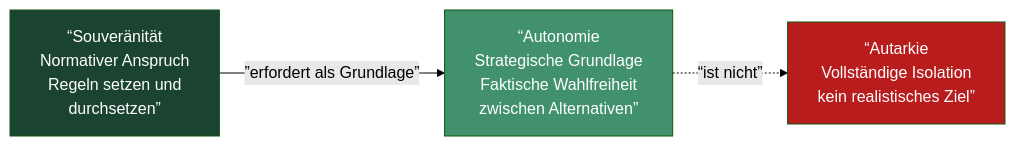
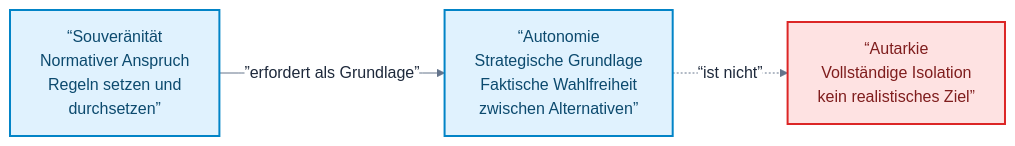
The second of 2 diagrams in docs/12-regulatorik-verantwortung/digitale-souveraenitaet.md (ralf-42/GenAI), drawn with Mermaid before and after one commit. The commit also changed other lines of this file and 25 other files, not shown here.

````diff
--- a/docs/12-regulatorik-verantwortung/digitale-souveraenitaet.md
+++ b/docs/12-regulatorik-verantwortung/digitale-souveraenitaet.md
@@ -79,14 +91,31 @@
 ```mermaid
-%%{init: {'theme':'forest'}}%%
+---
+config:
+  theme: base
+  look: classic
+  themeVariables:
+    primaryColor: '#e0f2fe'
+    primaryBorderColor: '#0284c7'
+    primaryTextColor: '#1e293b'
+    lineColor: '#64748b'
+    clusterBkg: '#f8fafc'
+    clusterBorder: '#cbd5e1'
+    noteBkgColor: '#fef3c7'
+    noteBorderColor: '#d97706'
+    noteTextColor: '#78350f'
+    edgeLabelBackground: '#ffffff'
+---
+
 graph LR
     S[“Souveränität<br/>Normativer Anspruch<br/>Regeln setzen und<br/>durchsetzen”]
     A[“Autonomie<br/>Strategische Grundlage<br/>Faktische Wahlfreiheit<br/>zwischen Alternativen”]
     X[“Autarkie<br/>Vollständige Isolation<br/>kein realistisches Ziel”]
 
     S -->|”erfordert als Grundlage”| A
     A -. “ist nicht” .-> X
 
-    style S fill:#1b4332,color:#ffffff
-    style A fill:#40916c,color:#ffffff
-    style X fill:#b91c1c,color:#ffffff
+%% Funktionsfarben nach Mermaid_Best_Practices.md
+classDef default fill:#e0f2fe,stroke:#0284c7,stroke-width:2px,color:#0c4a6e;
+classDef stop fill:#fee2e2,stroke:#dc2626,stroke-width:2px,color:#7f1d1d;
+class X stop;
 ```
````
